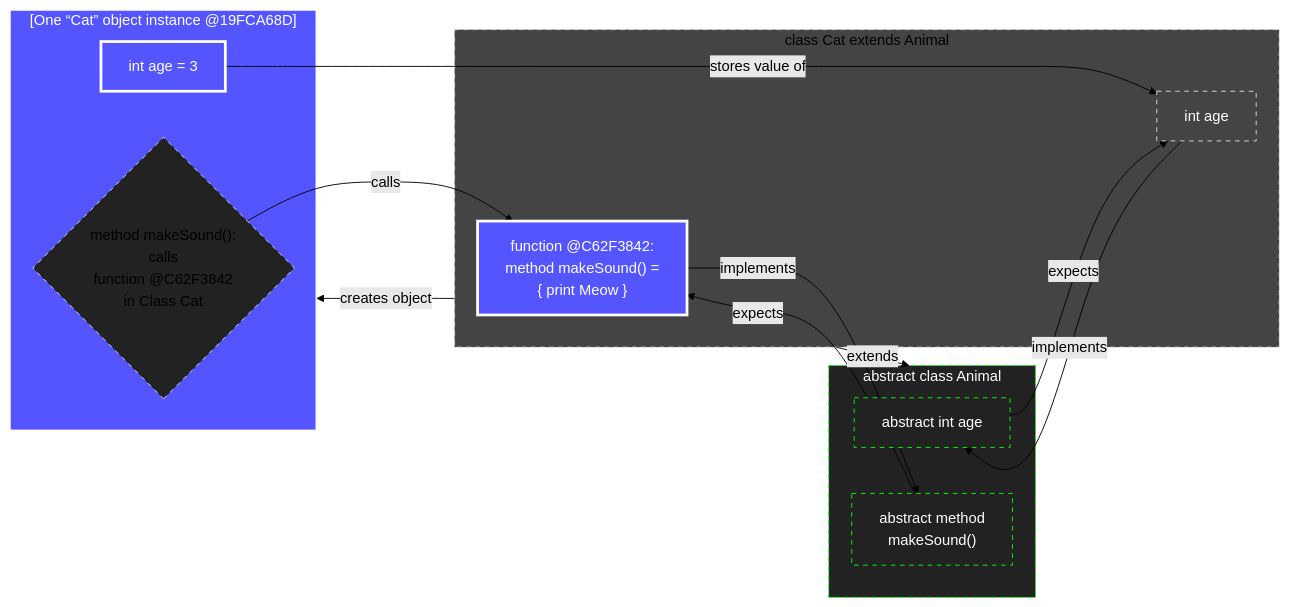
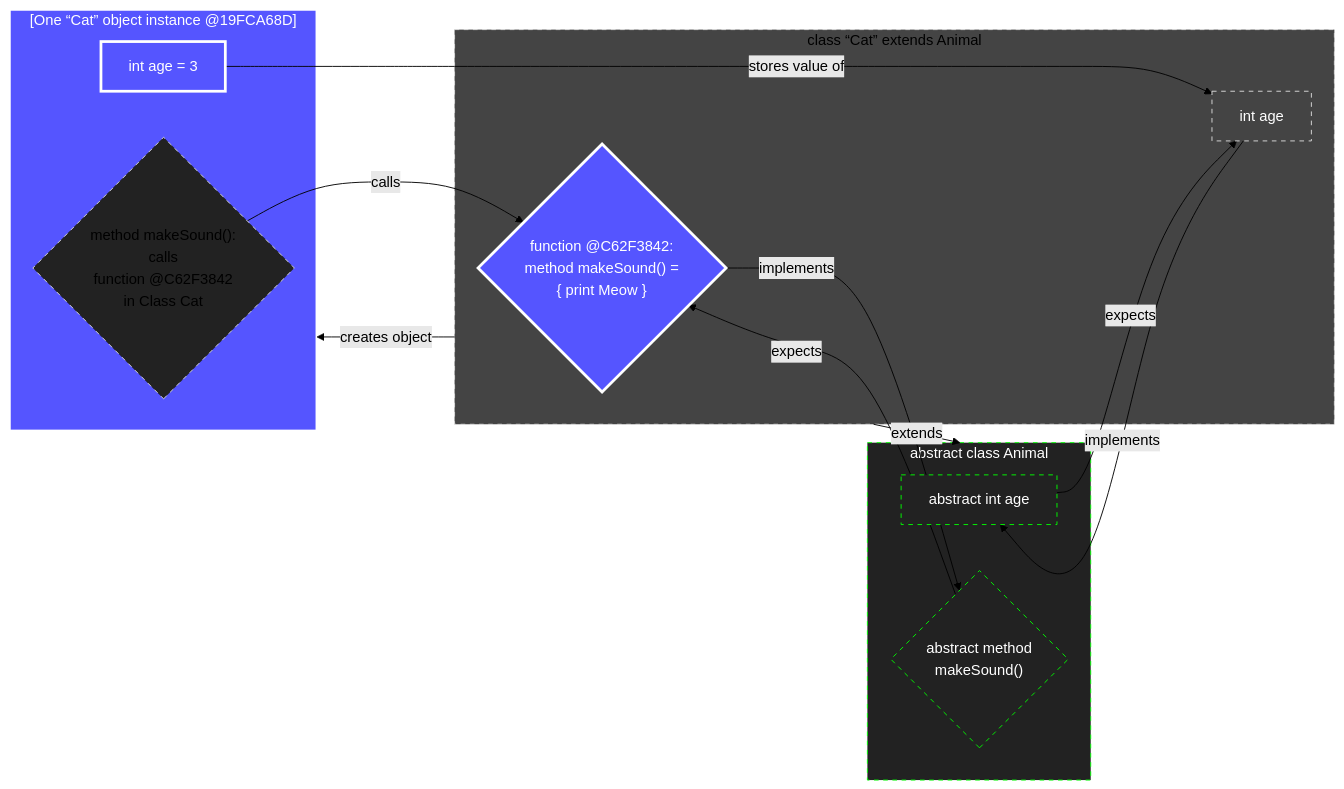
Before and after one commit to realityexpander/How_to_program_from_ground_up: the first of 5 diagrams in 09-ClassOrientedProgramming.md, drawn with Mermaid (forest theme).

Commit message:
Add to COP

````diff
--- a/09-ClassOrientedProgramming.md
+++ b/09-ClassOrientedProgramming.md
@@ -28,39 +28,39 @@
     ```mermaid
       flowchart LR
       
       catObjectMakeSoundMethodFunctionPointer -- calls --> catClassMakeSoundMethod:::Object
       catObjectAgeInt -- stores value of --> catClassAgeInt
       subgraph catObject["[One “Cat” object instance @19FCA68D]"]
           catObjectAgeInt["int age = 3"]
           catObjectMakeSoundMethodFunctionPointer{"method makeSound(): 
                                              calls 
                                        function @C62F3842
                                        in Class Cat"}
       end
-      subgraph classCat["class Cat extends Animal"]
+      subgraph classCat["class “Cat” extends Animal"]
           catClassAgeInt["int age"]
-          catClassMakeSoundMethod["function @C62F3842:  
+          catClassMakeSoundMethod{"function @C62F3842:  
                       method makeSound() =
-                      { print Meow }"]
+                      { print Meow }"}
       end
       abstractAgeInt -- expects --> catClassAgeInt
       abstractMakeSoundMethod -- expects --> catClassMakeSoundMethod:::Object
       catClassAgeInt -- implements --> abstractAgeInt:::Abstract
       
       classCat -- creates object --> catObject:::Object
       classCat -- extends --> abstractAnimal:::Abstract
       catClassMakeSoundMethod -- implements --> abstractMakeSoundMethod:::Abstract
       subgraph abstractAnimal["abstract class Animal"]
         abstractAgeInt["abstract int age"]
-        abstractMakeSoundMethod["abstract method 
-                                 makeSound()"]
+        abstractMakeSoundMethod{"abstract method 
+                                 makeSound()"}
       end
       
       classDef Abstract fill:#222, stroke:#0F0, stroke-width:1px, color:#fff, stroke-dasharray: 5 5
       classDef Class fill:#444, stroke:#00F, stroke-width:1px, color:#000, stroke-dasharray: 5 5
       style classCat fill:#444, stroke:#DDD, stroke-width:1px, color:#000, stroke-dasharray: 5 5
       style catClassAgeInt fill:#444, stroke:#DDD, stroke-width:1px, color:#FFF, stroke-dasharray: 5 5
       classDef Object fill:#55F, stroke:#FFF, stroke-width:3px, color:#fff
       style catObjectAgeInt fill:#55F, stroke:#FFF, stroke-width:3px, color:#fff
       style catObjectMakeSoundMethodFunctionPointer fill:#222, stroke:#DDD, stroke-width:1px, color:#000, stroke-dasharray: 5 5
     ```
````
